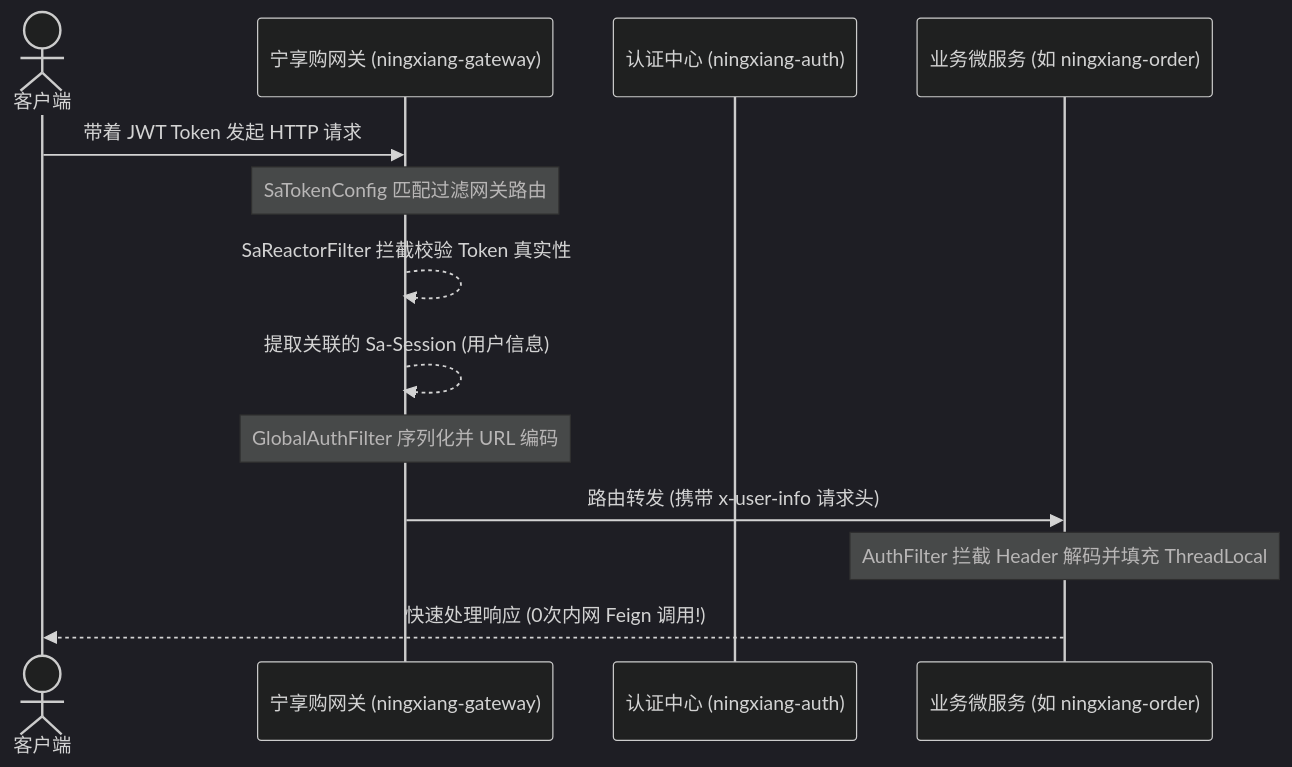
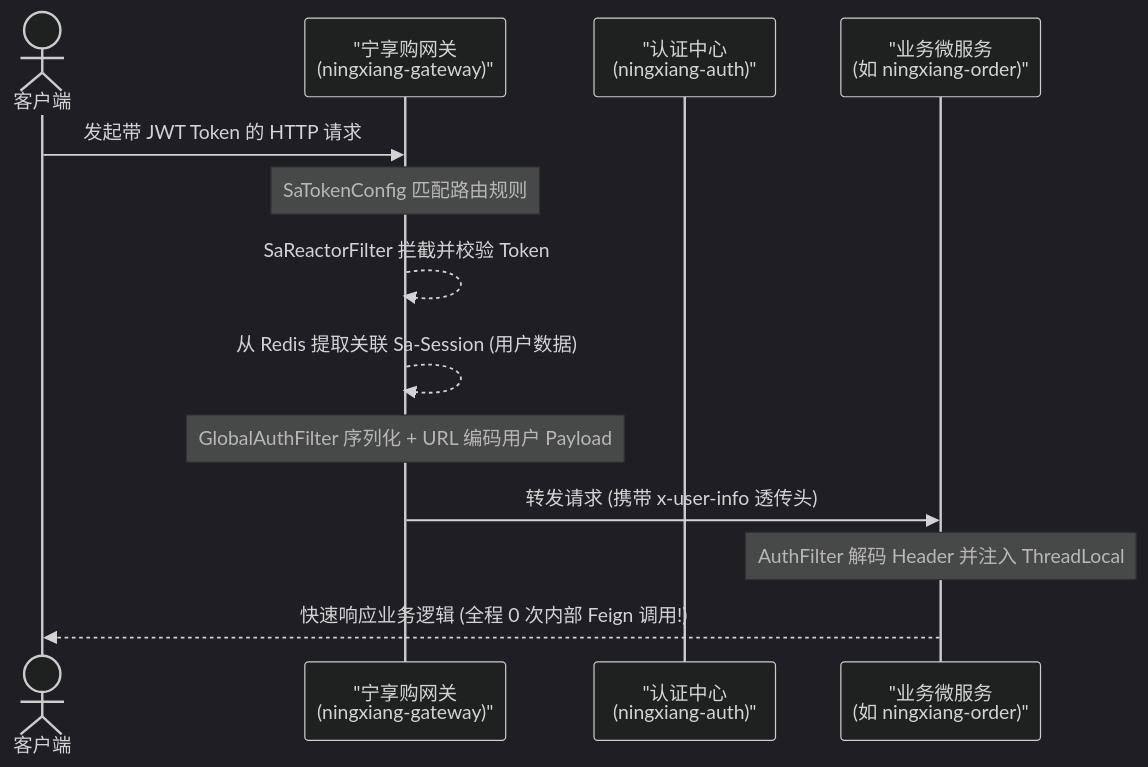
Before and after one commit to MeiSiristhebest/ningxiangshop: the first of 2 diagrams in README.md, drawn with Mermaid (dark theme). The commit also changed other lines of this file and 1 other file, not shown here.

Commit message:
docs(readme): optimize zh + en; fix Mermaid, badges, TOC, add Security & Contributing chapters

````diff
--- a/README.md
+++ b/README.md
@@ -26,16 +42,16 @@
 ```mermaid
 sequenceDiagram
     actor Client as 客户端
-    participant Gateway as 宁享购网关 (ningxiang-gateway)
-    participant Auth as 认证中心 (ningxiang-auth)
-    participant Service as 业务微服务 (如 ningxiang-order)
+    participant Gateway as "宁享购网关<br/>(ningxiang-gateway)"
+    participant Auth as "认证中心<br/>(ningxiang-auth)"
+    participant Service as "业务微服务<br/>(如 ningxiang-order)"
 
-    Client->>Gateway: 带着 JWT Token 发起 HTTP 请求
-    Note over Gateway: SaTokenConfig 匹配过滤网关路由
-    Gateway-->>Gateway: SaReactorFilter 拦截校验 Token 真实性
-    Gateway-->>Gateway: 提取关联的 Sa-Session (用户信息)
-    Note over Gateway: GlobalAuthFilter 序列化并 URL 编码
-    Gateway->>Service: 路由转发 (携带 x-user-info 请求头)
-    Note over Service: AuthFilter 拦截 Header 解码并填充 ThreadLocal
-    Service-->>Client: 快速处理响应 (0次内网 Feign 调用!)
+    Client->>Gateway: 发起带 JWT Token 的 HTTP 请求
+    Note over Gateway: SaTokenConfig 匹配路由规则
+    Gateway-->>Gateway: SaReactorFilter 拦截并校验 Token
+    Gateway-->>Gateway: 从 Redis 提取关联 Sa-Session (用户数据)
+    Note over Gateway: GlobalAuthFilter 序列化 + URL 编码用户 Payload
+    Gateway->>Service: 转发请求 (携带 x-user-info 透传头)
+    Note over Service: AuthFilter 解码 Header 并注入 ThreadLocal
+    Service-->>Client: 快速响应业务逻辑 (全程 0 次内部 Feign 调用!)
 ```
````
